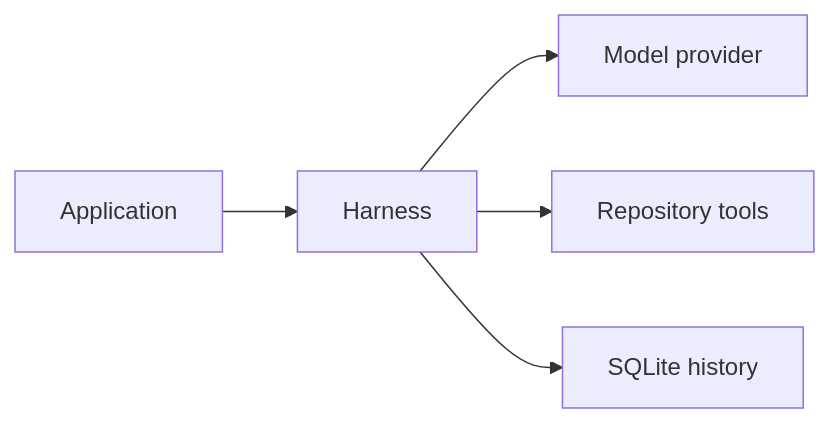
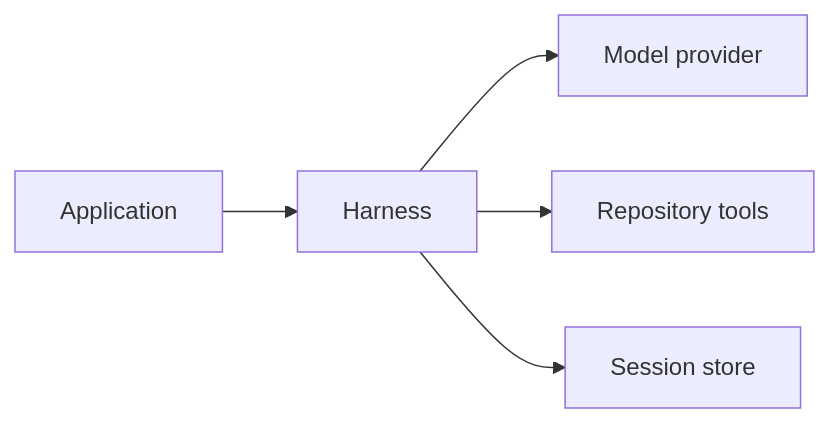
The first of 2 diagrams in docs/site/content/docs/architecture/ag-harness-design.md (agentty-xyz/agentty), drawn with Mermaid before and after one commit. The commit also changed other lines of this file and 20 other files, not shown here.

````diff
--- a/docs/site/content/docs/architecture/ag-harness-design.md
+++ b/docs/site/content/docs/architecture/ag-harness-design.md
@@ -13,7 +12,7 @@
 ```mermaid
 flowchart LR
     App["Application"] --> Harness["Harness"]
     Harness --> Model["Model provider"]
     Harness --> Tools["Repository tools"]
-    Harness --> SQLite["SQLite history"]
+    Harness --> Store["Session store"]
 ```
````
